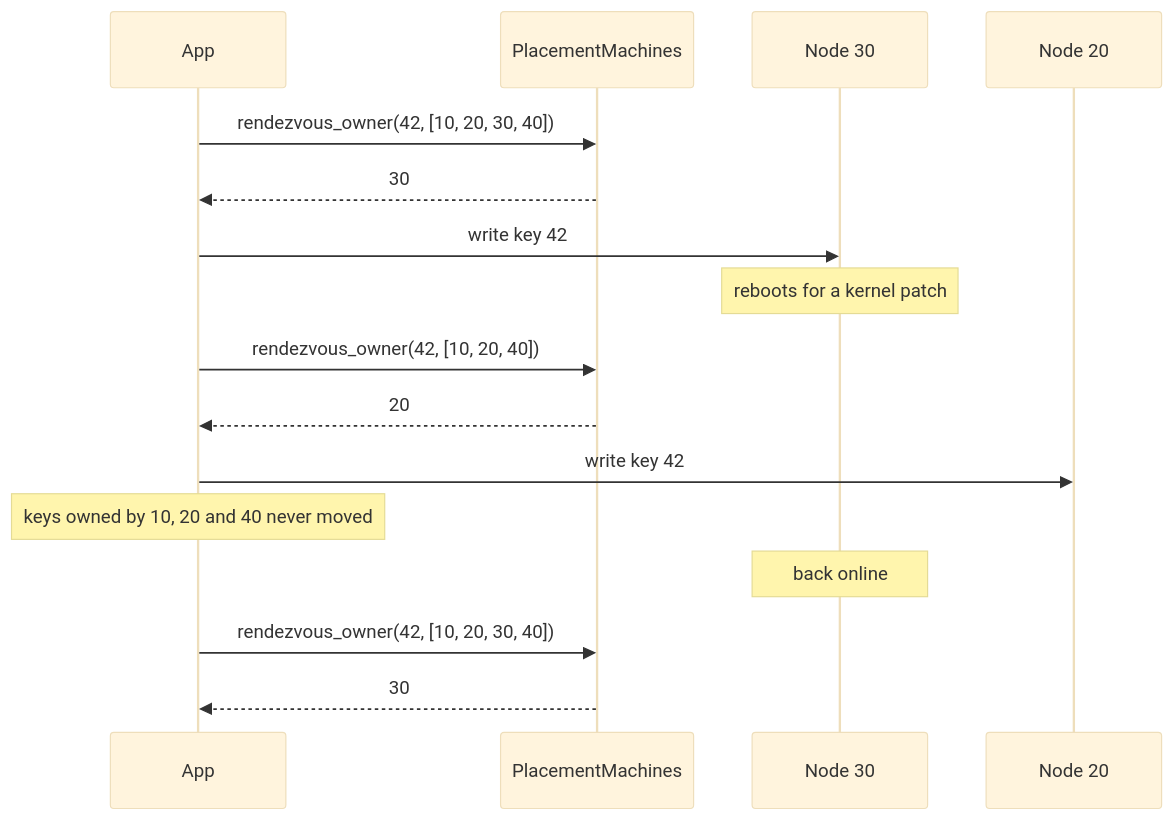
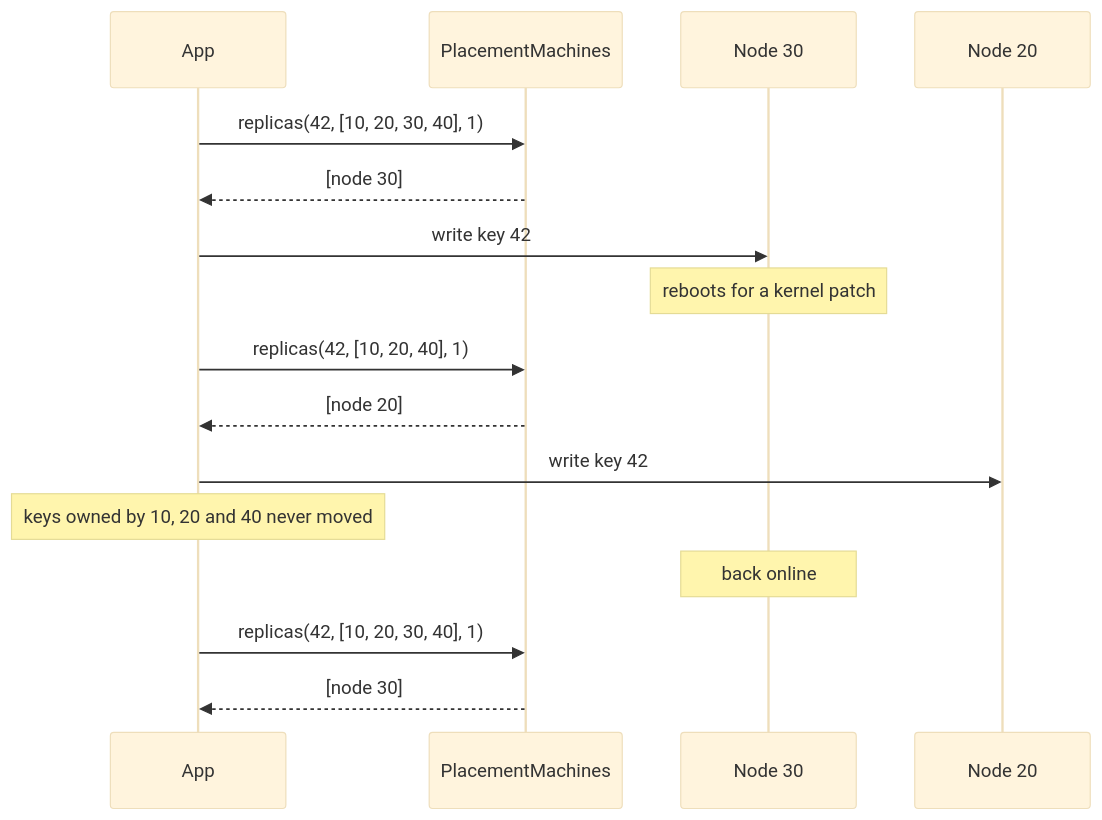
Before and after one commit to seuros/placement_machines: the second of 2 diagrams in README.md, drawn with Mermaid (base theme). The commit also changed other lines of this file and 8 other files, not shown here.

First line of the commit message:
feat!: write replicas to an output buffer and refuse repeated node ids

````diff
--- a/README.md
+++ b/README.md
@@ -62,21 +64,21 @@
 ```mermaid
 sequenceDiagram
     participant App
     participant P as PlacementMachines
     participant N30 as Node 30
     participant N20 as Node 20
 
-    App->>P: rendezvous_owner(42, [10, 20, 30, 40])
-    P-->>App: 30
+    App->>P: replicas(42, [10, 20, 30, 40], 1)
+    P-->>App: [node 30]
     App->>N30: write key 42
     Note over N30: reboots for a kernel patch
 
-    App->>P: rendezvous_owner(42, [10, 20, 40])
-    P-->>App: 20
+    App->>P: replicas(42, [10, 20, 40], 1)
+    P-->>App: [node 20]
     App->>N20: write key 42
     Note over App: keys owned by 10, 20 and 40 never moved
 
     Note over N30: back online
-    App->>P: rendezvous_owner(42, [10, 20, 30, 40])
-    P-->>App: 30
+    App->>P: replicas(42, [10, 20, 30, 40], 1)
+    P-->>App: [node 30]
 ```
````
